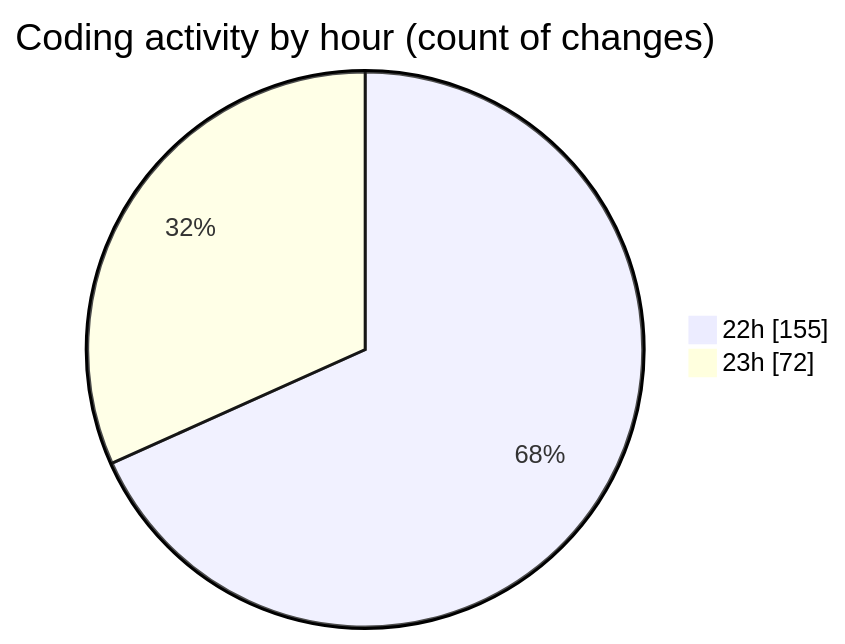
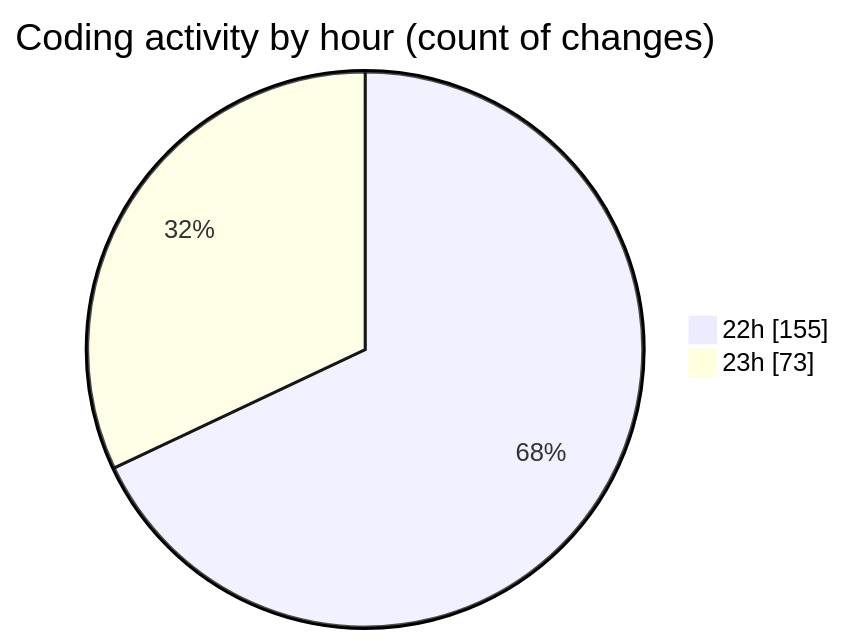
One commit to Ritupan-Deka/code-tracking changed the second of 2 diagrams in 2025-08-09/javascript/README.md. Above: the diagram before and after it, drawn with Mermaid. The commit also changed other lines of this file and 1 other file, not shown here.

````diff
--- a/2025-08-09/javascript/README.md
+++ b/2025-08-09/javascript/README.md
@@ -30,6 +30,6 @@
 ```mermaid
 pie showData
 title Coding activity by hour (count of changes)
 "22h" : 155
-"23h" : 72
+"23h" : 73
 ```
````
